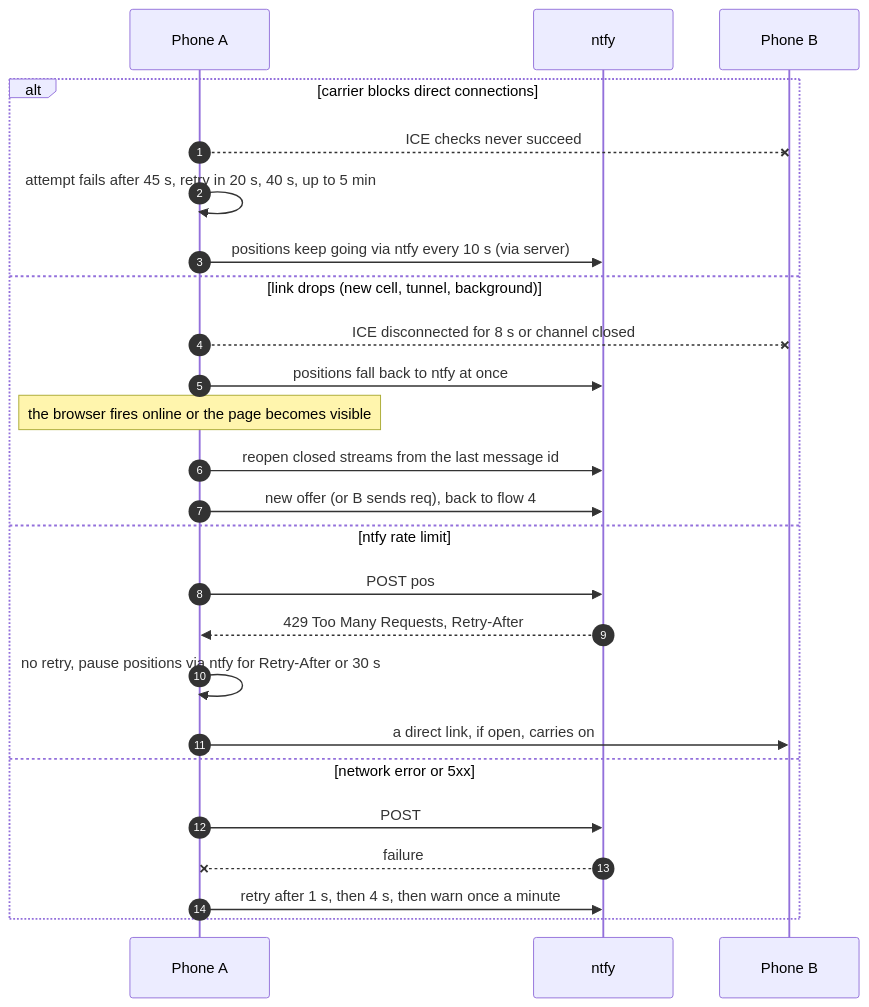
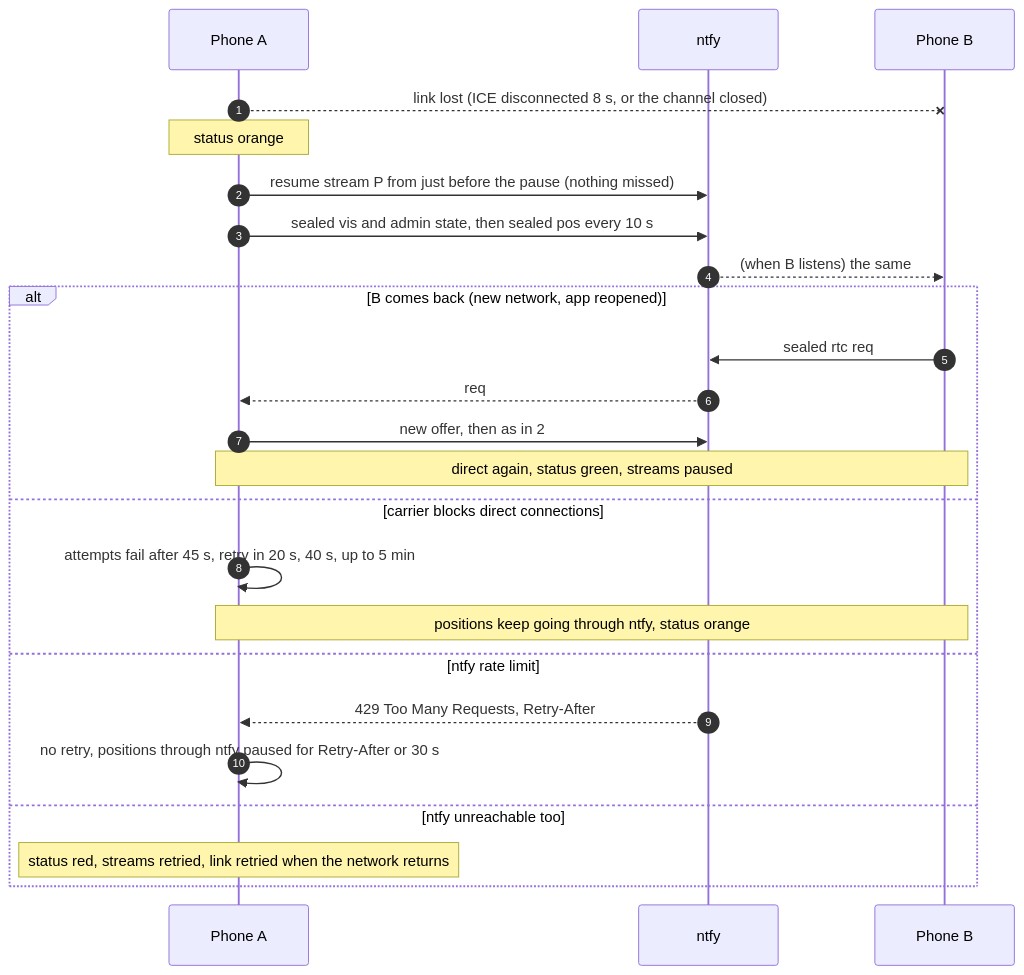
One commit to joranlager/rope changed the third of 4 diagrams in README.md. Above: the diagram before and after it, drawn with Mermaid. The commit also changed other lines of this file and 20 other files, not shown here.

````diff
--- a/README.md
+++ b/README.md
@@ -262,27 +235,26 @@
 ```mermaid
 sequenceDiagram
     autonumber
     participant A as Phone A
     participant N as ntfy
     participant B as Phone B
-    alt carrier blocks direct connections
-        A--xB: ICE checks never succeed
-        A->>A: attempt fails after 45 s, retry in 20 s, 40 s, up to 5 min
-        A->>N: positions keep going via ntfy every 10 s (via server)
-    else link drops (new cell, tunnel, background)
-        A--xB: ICE disconnected for 8 s or channel closed
-        A->>N: positions fall back to ntfy at once
-        Note over A: the browser fires online or the page becomes visible
-        A->>N: reopen closed streams from the last message id
-        A->>N: new offer (or B sends req), back to flow 4
+    A--xB: link lost (ICE disconnected 8 s, or the channel closed)
+    Note over A: status orange
+    A->>N: resume stream P from just before the pause (nothing missed)
+    A->>N: sealed vis and admin state, then sealed pos every 10 s
+    N-->>B: (when B listens) the same
+    alt B comes back (new network, app reopened)
+        B->>N: sealed rtc req
+        N-->>A: req
+        A->>N: new offer, then as in 2
+        Note over A,B: direct again, status green, streams paused
+    else carrier blocks direct connections
+        A->>A: attempts fail after 45 s, retry in 20 s, 40 s, up to 5 min
+        Note over A,B: positions keep going through ntfy, status orange
     else ntfy rate limit
-        A->>N: POST pos
         N-->>A: 429 Too Many Requests, Retry-After
-        A->>A: no retry, pause positions via ntfy for Retry-After or 30 s
-        A->>B: a direct link, if open, carries on
-    else network error or 5xx
-        A->>N: POST
-        N--xA: failure
-        A->>N: retry after 1 s, then 4 s, then warn once a minute
+        A->>A: no retry, positions through ntfy paused for Retry-After or 30 s
+    else ntfy unreachable too
+        Note over A: status red, streams retried, link retried when the network returns
     end
 ```
````
